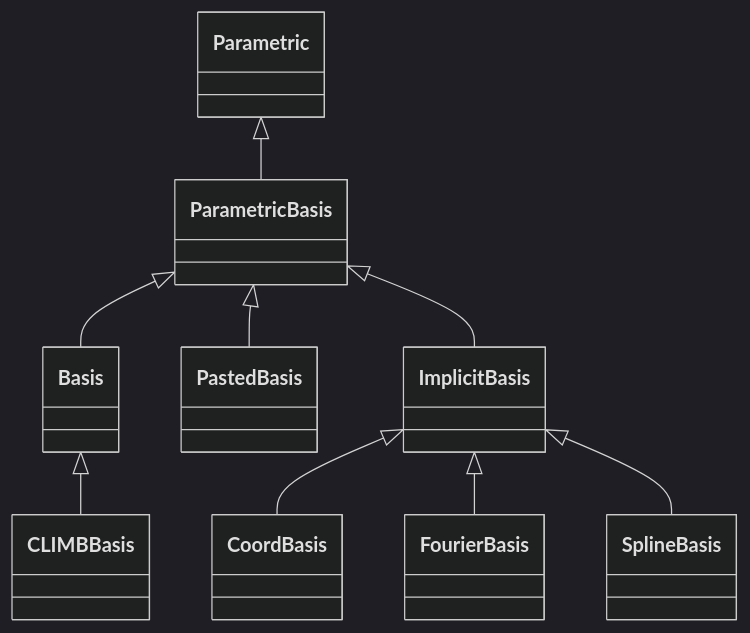
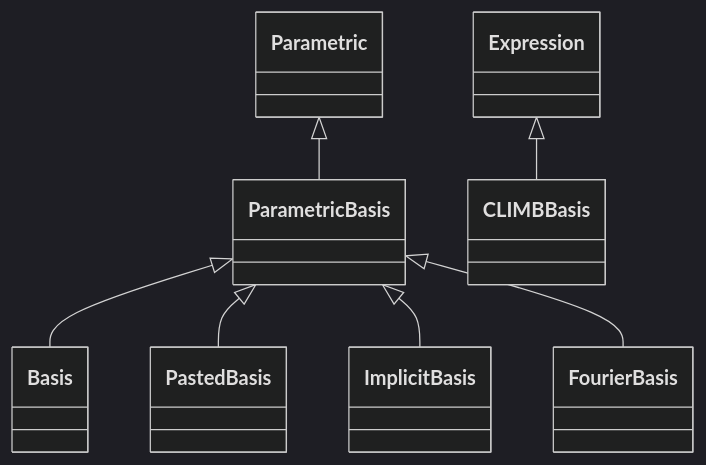
Before and after one commit to LouisDesdoigts/dLux: the diagram in docs/API/core/bases.md, drawn with Mermaid (dark theme). The commit also changed other lines of this file and 3 other files, not shown here.

Commit message:
Simplify basis expansions around Zodiax Parametric

````diff
--- a/docs/API/core/bases.md
+++ b/docs/API/core/bases.md
@@ -7,28 +7,23 @@
 ```mermaid
 classDiagram
     class dLux_parametric_bases_ParametricBasis["ParametricBasis"]
     class dLux_parametric_bases_Basis["Basis"]
     class dLux_parametric_bases_PastedBasis["PastedBasis"]
     class dLux_parametric_bases_ImplicitBasis["ImplicitBasis"]
-    class dLux_parametric_bases_CoordBasis["CoordBasis"]
     class dLux_parametric_bases_CLIMBBasis["CLIMBBasis"]
     class dLux_parametric_bases_FourierBasis["FourierBasis"]
-    class dLux_parametric_bases_SplineBasis["SplineBasis"]
-    class dLux_parametric_parametrics_Parametric["Parametric"]
-    dLux_parametric_parametrics_Parametric <|-- dLux_parametric_bases_ParametricBasis
-    click dLux_parametric_bases_ParametricBasis href "#dLux.parametric.bases.ParametricBasis" "Attributes: coeffs, shape · Properties: coefficients, c, alpha · Methods: evaluate_basis(), solve_basis()"
+    class zodiax_numerics_expressions_Expression["Expression"]
+    class zodiax_numerics_transforms_Parametric["Parametric"]
+    zodiax_numerics_transforms_Parametric <|-- dLux_parametric_bases_ParametricBasis
+    click dLux_parametric_bases_ParametricBasis href "#dLux.parametric.bases.ParametricBasis" "Attributes: coeffs · Properties: input"
     dLux_parametric_bases_ParametricBasis <|-- dLux_parametric_bases_Basis
-    click dLux_parametric_bases_Basis href "#dLux.parametric.bases.Basis" "Attributes: coeffs, shape, basis · Methods: evaluate(), solve_basis()"
+    click dLux_parametric_bases_Basis href "#dLux.parametric.bases.Basis" "Attributes: basis, axes · Methods: fwd(), inv()"
     dLux_parametric_bases_ParametricBasis <|-- dLux_parametric_bases_PastedBasis
-    click dLux_parametric_bases_PastedBasis href "#dLux.parametric.bases.PastedBasis" "Attributes: coeffs, shape, basis, spec, method · Methods: evaluate(), solve_basis()"
+    click dLux_parametric_bases_PastedBasis href "#dLux.parametric.bases.PastedBasis" "Attributes: shape, basis, spec, method · Methods: fwd(), solve_basis()"
     dLux_parametric_bases_ParametricBasis <|-- dLux_parametric_bases_ImplicitBasis
-    click dLux_parametric_bases_ImplicitBasis href "#dLux.parametric.bases.ImplicitBasis" "Attributes: coeffs, shape · Methods: calculate_basis(), evaluate(), solve_basis()"
-    dLux_parametric_bases_ImplicitBasis <|-- dLux_parametric_bases_CoordBasis
-    click dLux_parametric_bases_CoordBasis href "#dLux.parametric.bases.CoordBasis" "Attributes: coeffs, shape · Methods: get_coordinates()"
-    dLux_parametric_bases_Basis <|-- dLux_parametric_bases_CLIMBBasis
-    click dLux_parametric_bases_CLIMBBasis href "#dLux.parametric.bases.CLIMBBasis" "Attributes: coeffs, shape, basis, values, oversample · Methods: evaluate_latent(), evaluate()"
-    dLux_parametric_bases_ImplicitBasis <|-- dLux_parametric_bases_FourierBasis
-    click dLux_parametric_bases_FourierBasis href "#dLux.parametric.bases.FourierBasis" "Attributes: coeffs, shape, kernels · Methods: calculate_basis(), evaluate(), resize()"
-    dLux_parametric_bases_ImplicitBasis <|-- dLux_parametric_bases_SplineBasis
-    click dLux_parametric_bases_SplineBasis href "#dLux.parametric.bases.SplineBasis" "Attributes: coeffs, shape, knot_coords, sample_coords, method · Methods: calculate_basis(), evaluate()"
+    click dLux_parametric_bases_ImplicitBasis href "#dLux.parametric.bases.ImplicitBasis" "Attributes: shape · Methods: calculate_basis(), fwd(), inv()"
+    zodiax_numerics_expressions_Expression <|-- dLux_parametric_bases_CLIMBBasis
+    click dLux_parametric_bases_CLIMBBasis href "#dLux.parametric.bases.CLIMBBasis" "Attributes: expansion, values, oversample · Methods: evaluate_latent(), evaluate()"
+    dLux_parametric_bases_ParametricBasis <|-- dLux_parametric_bases_FourierBasis
+    click dLux_parametric_bases_FourierBasis href "#dLux.parametric.bases.FourierBasis" "Attributes: shape, kernels · Methods: calculate_basis(), fwd(), inv(), resize()"
 ```
````
